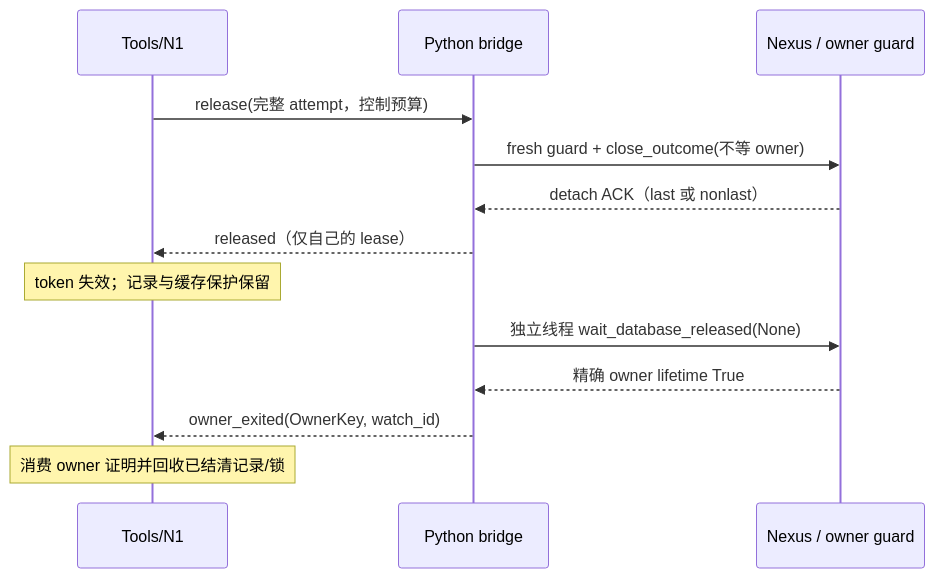
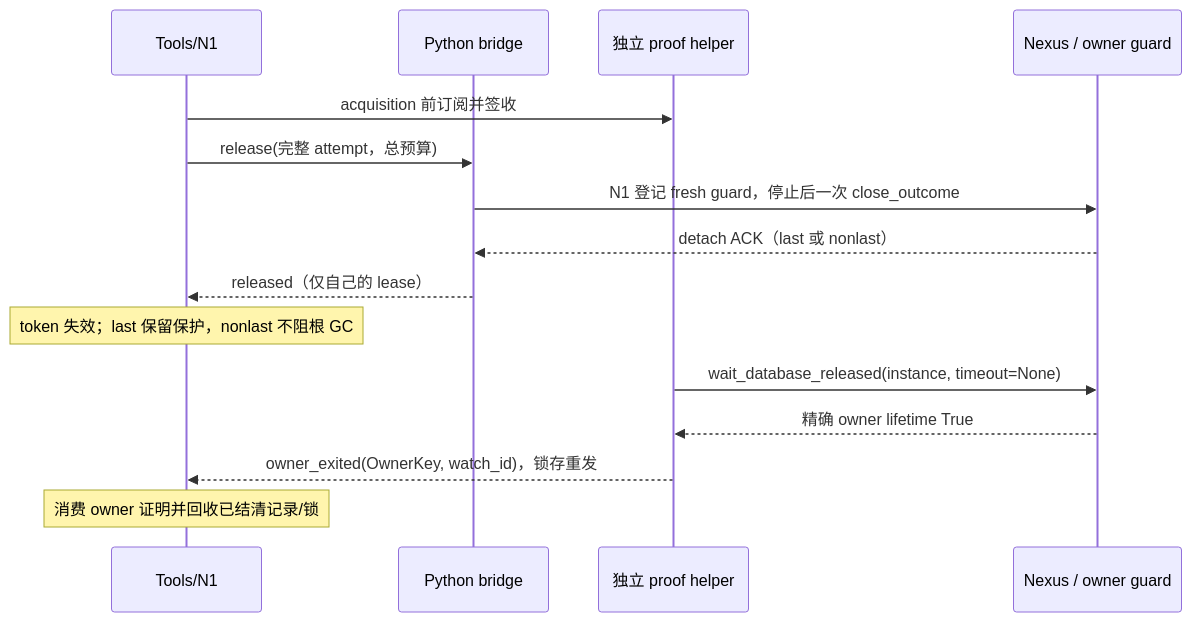
Before and after one commit to cpkt9762/ida-cli: the diagram in docs/plan/nexus-release-protocol.md, drawn with Mermaid. The commit also changed other lines of this file and 1 other file, not shown here.

Commit message:
docs(nexus): revise release protocol for U1-U4 review decisions

````diff
--- a/docs/plan/nexus-release-protocol.md
+++ b/docs/plan/nexus-release-protocol.md
@@ -69,15 +81,17 @@
 ```mermaid
 sequenceDiagram
     participant T as Tools/N1
     participant B as Python bridge
+    participant H as 独立 proof helper
     participant N as Nexus / owner guard
-    T->>B: release(完整 attempt，控制预算)
-    B->>N: fresh guard + close_outcome(不等 owner)
+    T->>H: acquisition 前订阅并签收
+    T->>B: release(完整 attempt，总预算)
+    B->>N: N1 登记 fresh guard，停止后一次 close_outcome
     N-->>B: detach ACK（last 或 nonlast）
     B-->>T: released（仅自己的 lease）
-    Note over T: token 失效；记录与缓存保护保留
-    B->>N: 独立线程 wait_database_released(None)
-    N-->>B: 精确 owner lifetime True
-    B-->>T: owner_exited(OwnerKey, watch_id)
+    Note over T: token 失效；last 保留保护，nonlast 不阻根 GC
+    H->>N: wait_database_released(instance, timeout=None)
+    N-->>H: 精确 owner lifetime True
+    H-->>T: owner_exited(OwnerKey, watch_id)，锁存重发
     Note over T: 消费 owner 证明并回收已结清记录/锁
 ```
````
